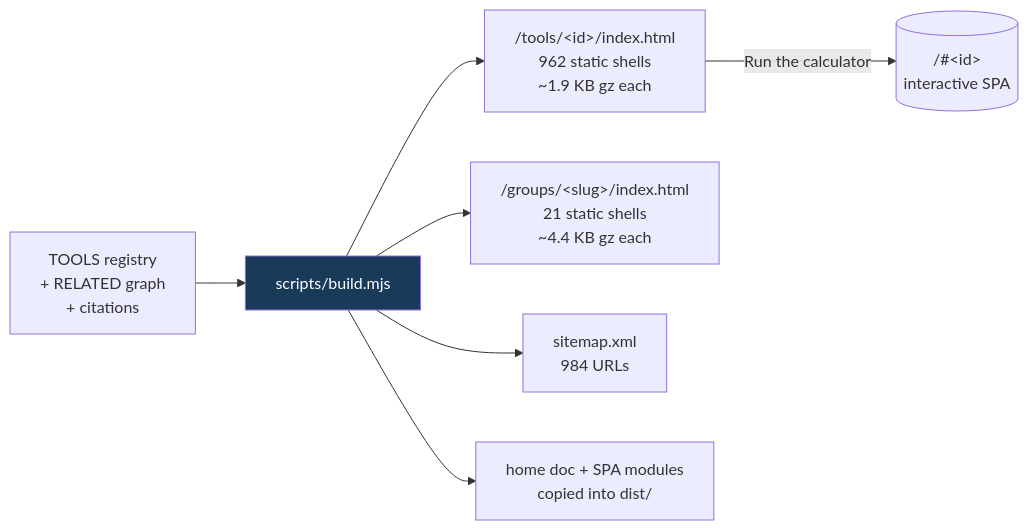
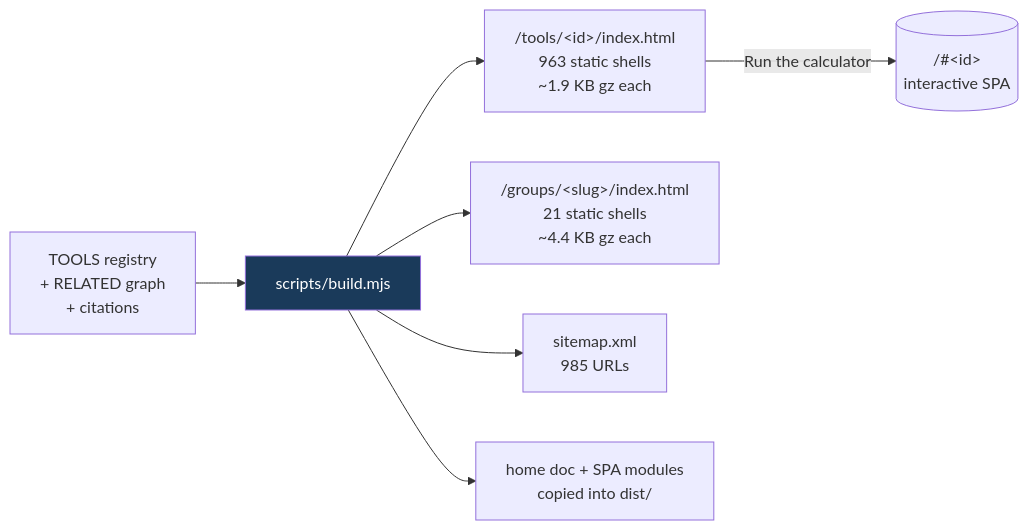
Before and after one commit to clay-good/roughlogic.com: the fifth of 8 diagrams in README.md, drawn with Mermaid. The commit also changed other lines of this file and 12 other files, not shown here.

````diff
--- a/README.md
+++ b/README.md
@@ -495,10 +495,10 @@
 ```mermaid
 flowchart LR
     SRC[TOOLS registry\n+ RELATED graph\n+ citations] --> BUILD[scripts/build.mjs]
-    BUILD --> TILE["/tools/&lt;id&gt;/index.html\n962 static shells\n~1.9 KB gz each"]
+    BUILD --> TILE["/tools/&lt;id&gt;/index.html\n963 static shells\n~1.9 KB gz each"]
     BUILD --> GROUP["/groups/&lt;slug&gt;/index.html\n21 static shells\n~4.4 KB gz each"]
-    BUILD --> MAP["sitemap.xml\n984 URLs"]
+    BUILD --> MAP["sitemap.xml\n985 URLs"]
     BUILD --> COPY[home doc + SPA modules\ncopied into dist/]
     TILE -->|Run the calculator| SPA[("/#&lt;id&gt;\ninteractive SPA")]
     style BUILD fill:#1a3a5a,color:#fff
 ```
````
